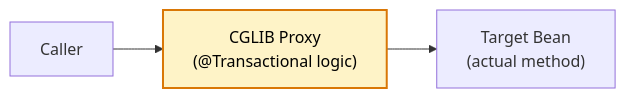
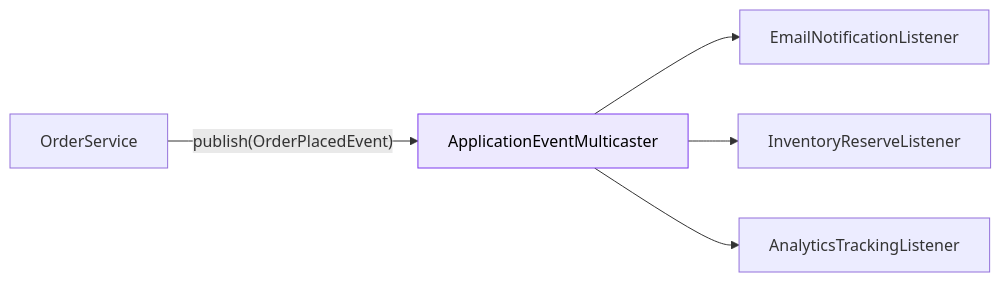
Before and after one commit to saivamsikaruturi/vamsilabs-dev-notes-main: the sixth of 11 diagrams in docs/springboot/design-patterns.md, drawn with Mermaid. The commit also changed other lines of this file and 146 other files, not shown here.

Commit message:
Horizontal diagrams, UML class diagrams, typography overhaul, and permalink cleanup

````diff
--- a/docs/springboot/design-patterns.md
+++ b/docs/springboot/design-patterns.md
@@ -86,7 +355,9 @@
 ```mermaid
 flowchart LR
-    C["Caller"] --> P["CGLIB Proxy<br/>(@Transactional logic)"]
-    P --> T["Target Bean<br/>(actual method)"]
+    OrderService -->|"publish(OrderPlacedEvent)"| EventMulticaster["ApplicationEventMulticaster"]
+    EventMulticaster --> EmailListener["EmailNotificationListener"]
+    EventMulticaster --> InventoryListener["InventoryReserveListener"]
+    EventMulticaster --> AnalyticsListener["AnalyticsTrackingListener"]
 
-    style P fill:#FEF3C7,stroke:#D97706,stroke-width:2px,color:#000
+    style EventMulticaster fill:#EDE9FE,stroke:#7C3AED,color:#000
 ```
````
